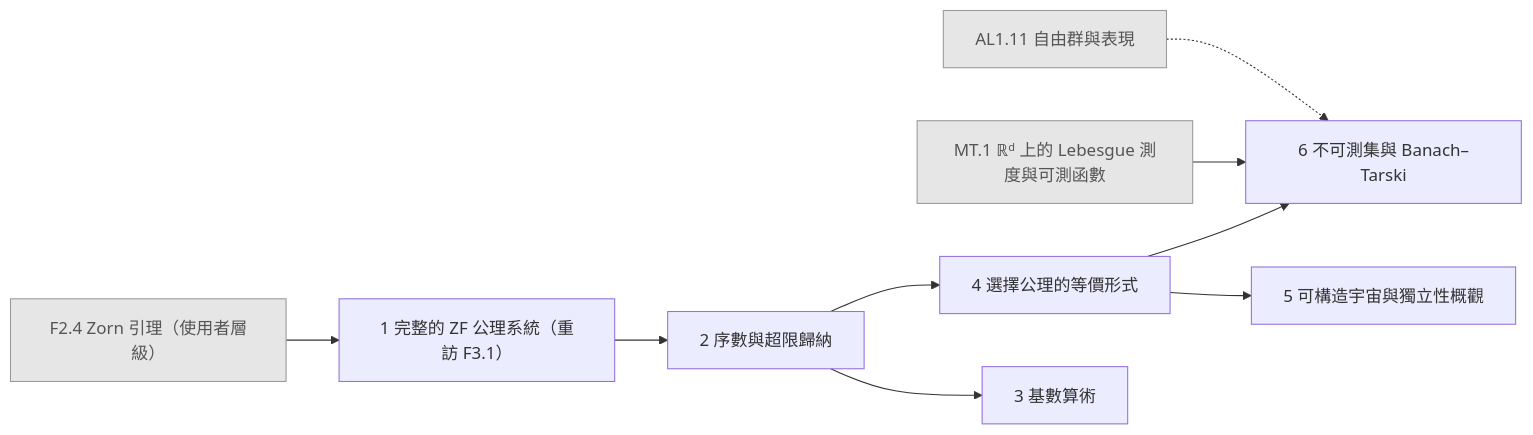
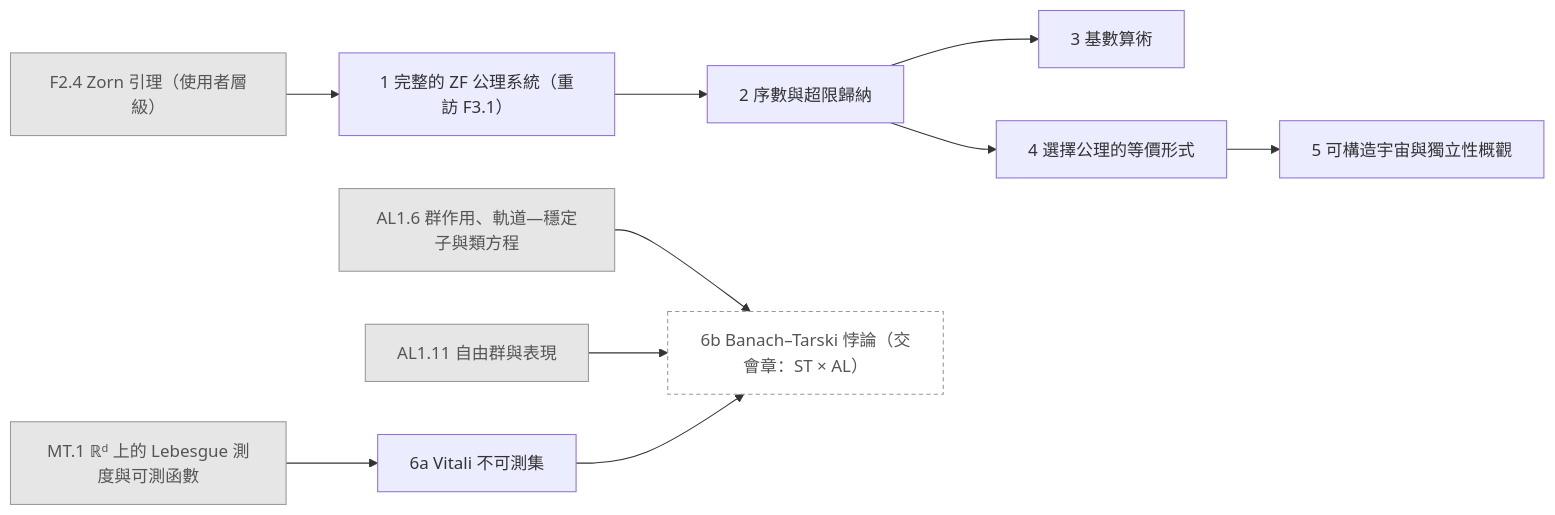
The diagram in generated/chapters/ST.mmd (AkizumiFox/math-atlas), drawn with Mermaid before and after one commit. The commit also changed 14 other files, not shown here.

```diff
--- a/generated/chapters/ST.mmd
+++ b/generated/chapters/ST.mmd
@@ -1,21 +1,24 @@
 flowchart LR
   F2_4["F2.4 Zorn 引理（使用者層級）"]:::ext
+  AL1_6["AL1.6 群作用、軌道—穩定子與類方程"]:::ext
   AL1_11["AL1.11 自由群與表現"]:::ext
   MT_1["MT.1 ℝᵈ 上的 Lebesgue 測度與可測函數"]:::ext
   ST_1["1 完整的 ZF 公理系統（重訪 F3.1）"]
   ST_2["2 序數與超限歸納"]
   ST_3["3 基數算術"]
   ST_4["4 選擇公理的等價形式"]
   ST_5["5 可構造宇宙與獨立性概觀"]
-  ST_6["6 不可測集與 Banach–Tarski"]
+  ST_6a["6a Vitali 不可測集"]
+  ST_6b["6b Banach–Tarski 悖論（交會章：ST × AL）"]:::opt
   F2_4 --> ST_1
   ST_1 --> ST_2
   ST_2 --> ST_3
   ST_2 --> ST_4
   ST_4 --> ST_5
-  AL1_11 -.-> ST_6
-  MT_1 --> ST_6
-  ST_4 --> ST_6
+  MT_1 --> ST_6a
+  AL1_6 --> ST_6b
+  AL1_11 --> ST_6b
+  ST_6a --> ST_6b
   classDef ext fill:#e6e6e6,stroke:#999,color:#555
   classDef opt fill:#fff,stroke:#999,stroke-dasharray:4 3,color:#555
   classDef segb fill:#f6f6fb,stroke:#99a,color:#333
```
